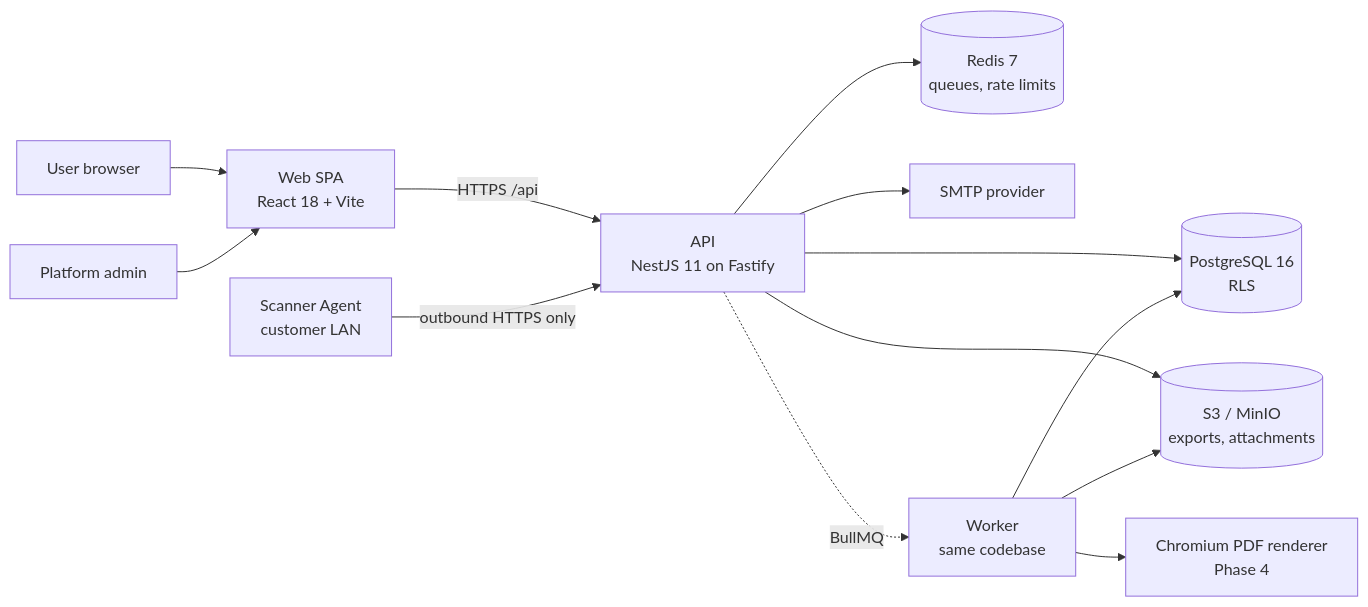
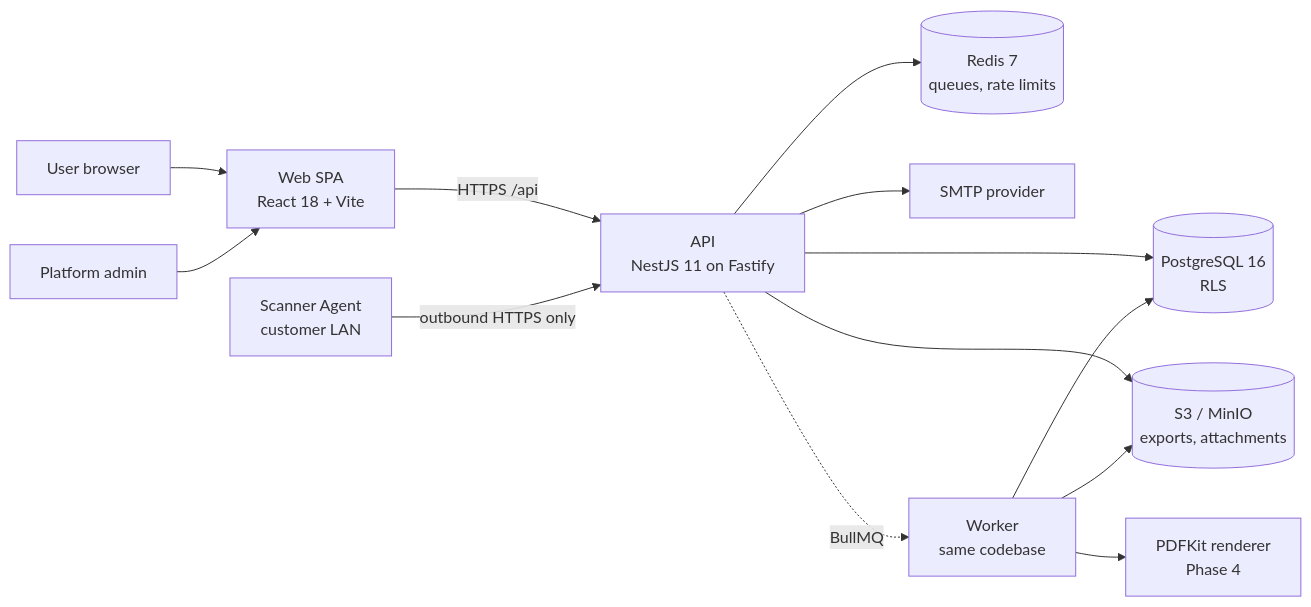
One commit to MehedAlexandru/nis2-builder changed the first of 3 diagrams in docs/architecture.md. Above: the diagram before and after it, drawn with Mermaid. The commit also changed other lines of this file and 30 other files, not shown here.

````diff
--- a/docs/architecture.md
+++ b/docs/architecture.md
@@ -28,15 +28,15 @@
 ```mermaid
 flowchart LR
   U[User browser] --> W[Web SPA<br/>React 18 + Vite]
   W -->|HTTPS /api| A[API<br/>NestJS 11 on Fastify]
   A --> P[(PostgreSQL 16<br/>RLS)]
   A --> R[(Redis 7<br/>queues, rate limits)]
   A --> S[(S3 / MinIO<br/>exports, attachments)]
   A --> SMTP[SMTP provider]
   A -. BullMQ .-> K[Worker<br/>same codebase]
   K --> P
   K --> S
-  K --> PDF[Chromium PDF renderer<br/>Phase 4]
+  K --> PDF[PDFKit renderer<br/>Phase 4]
   AG[Scanner Agent<br/>customer LAN] -->|outbound HTTPS only| A
   ADM[Platform admin] --> W
 ```
````
